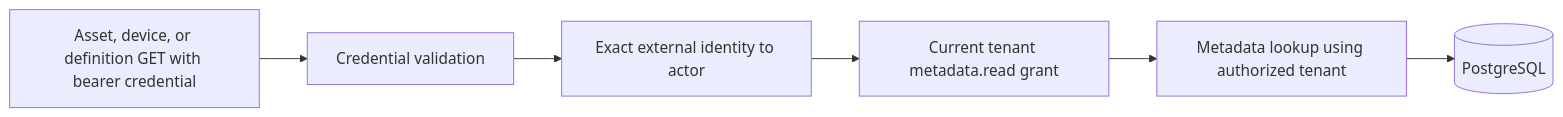
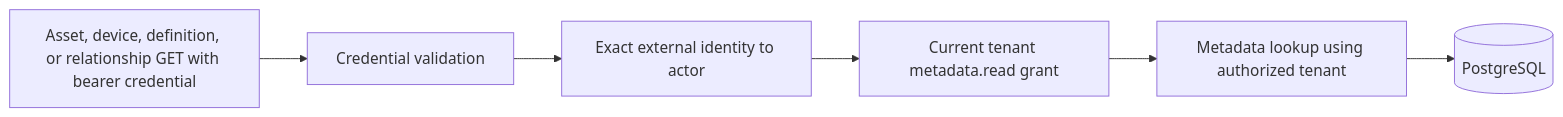
The second of 5 diagrams in docs/architecture/README.md (stanimirivanov/fleetiq-platform), drawn with Mermaid before and after one commit. The commit also changed other lines of this file and 10 other files, not shown here.

````diff
--- a/docs/architecture/README.md
+++ b/docs/architecture/README.md
@@ -47,11 +48,11 @@
 ```mermaid
 flowchart LR
-    Request[Asset, device, or definition GET with bearer credential]
+    Request[Asset, device, definition, or relationship GET with bearer credential]
     Validator[Credential validation]
     Resolver[Exact external identity to actor]
     Policy[Current tenant metadata.read grant]
     Service[Metadata lookup using authorized tenant]
     Store[(PostgreSQL)]
 
     Request --> Validator --> Resolver --> Policy --> Service --> Store
 ```
````
